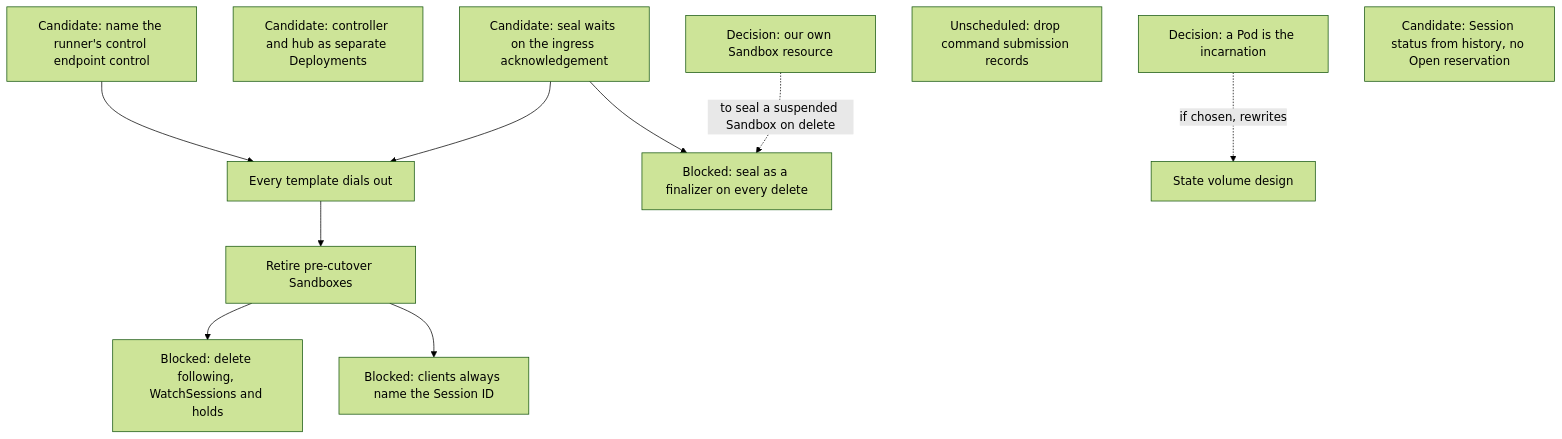
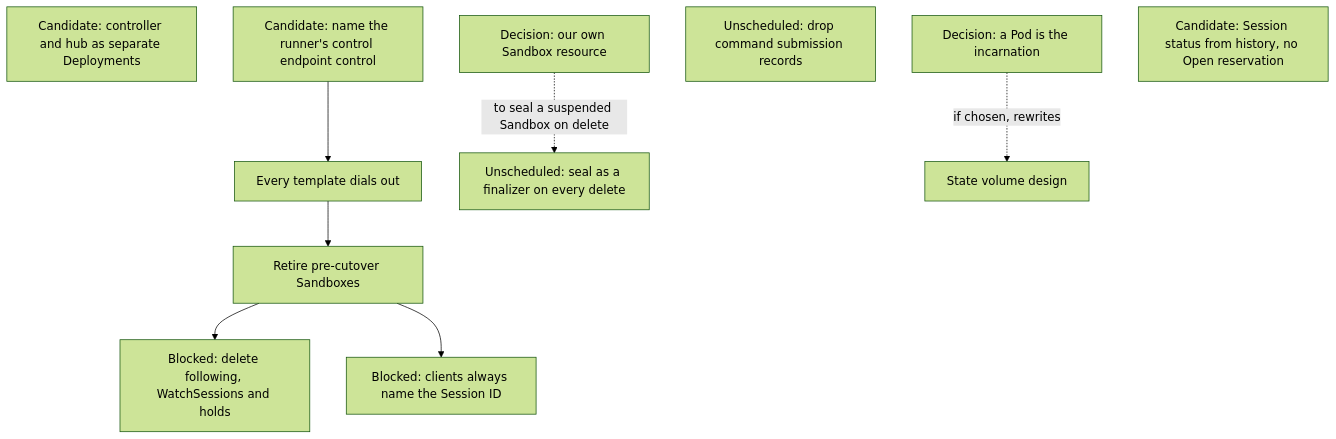
Before and after one commit to agentydragon-agent/ducktape: diagram 12 of 12 in agentplane/plans/task_dag.md, drawn with Mermaid (forest theme). The commit also changed other lines of this file and 17 other files, not shown here.

````diff
--- a/agentplane/plans/task_dag.md
+++ b/agentplane/plans/task_dag.md
@@ -912,23 +911,20 @@
 ```mermaid
 flowchart TD
-    SEAL_ON_INGRESS_ACK[Candidate: seal waits on the ingress acknowledgement]
     RUNNER_OUTBOUND_ROLLOUT[Every template dials out]
     LEGACY_SANDBOX_RETIRE[Retire pre-cutover Sandboxes]
     FOLLOW_PATH_RETIRE[Blocked: delete following, WatchSessions and holds]
     SANDBOX_SERVICE_DEPLOYMENT_SPLIT[Candidate: controller and hub as separate Deployments]
     AGENTPLANE_SANDBOX_RESOURCE[Decision: our own Sandbox resource]
     POD_INCARNATION[Decision: a Pod is the incarnation]
-    SEAL_FINALIZER[Blocked: seal as a finalizer on every delete]
+    SEAL_FINALIZER[Unscheduled: seal as a finalizer on every delete]
     COMMAND_RECORDS_RETIRE[Unscheduled: drop command submission records]
     RUNNER_CONTROL_RENAME[Candidate: name the runner's control endpoint control]
     RUNNER_CONTROL_RENAME --> RUNNER_OUTBOUND_ROLLOUT
     SESSION_ID_MINT_RETIRE[Blocked: clients always name the Session ID]
     LOOKUP_SESSION_RETIRE[Candidate: Session status from history, no Open reservation]
-    SEAL_ON_INGRESS_ACK --> RUNNER_OUTBOUND_ROLLOUT
     RUNNER_OUTBOUND_ROLLOUT --> LEGACY_SANDBOX_RETIRE
     LEGACY_SANDBOX_RETIRE --> FOLLOW_PATH_RETIRE
-    SEAL_ON_INGRESS_ACK --> SEAL_FINALIZER
     AGENTPLANE_SANDBOX_RESOURCE -. to seal a suspended Sandbox on delete .-> SEAL_FINALIZER
     POD_INCARNATION -. if chosen, rewrites .-> SESSION_STATE_VOLUME_DESIGN[State volume design]
     LEGACY_SANDBOX_RETIRE --> SESSION_ID_MINT_RETIRE
 ```
````
